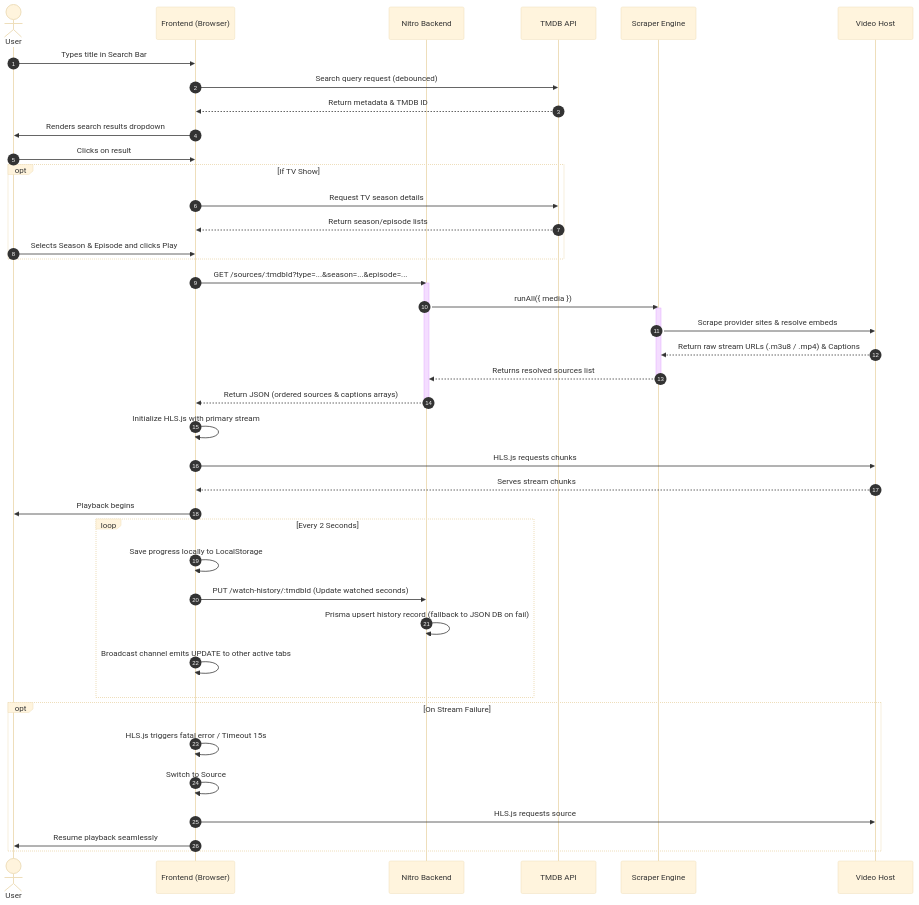
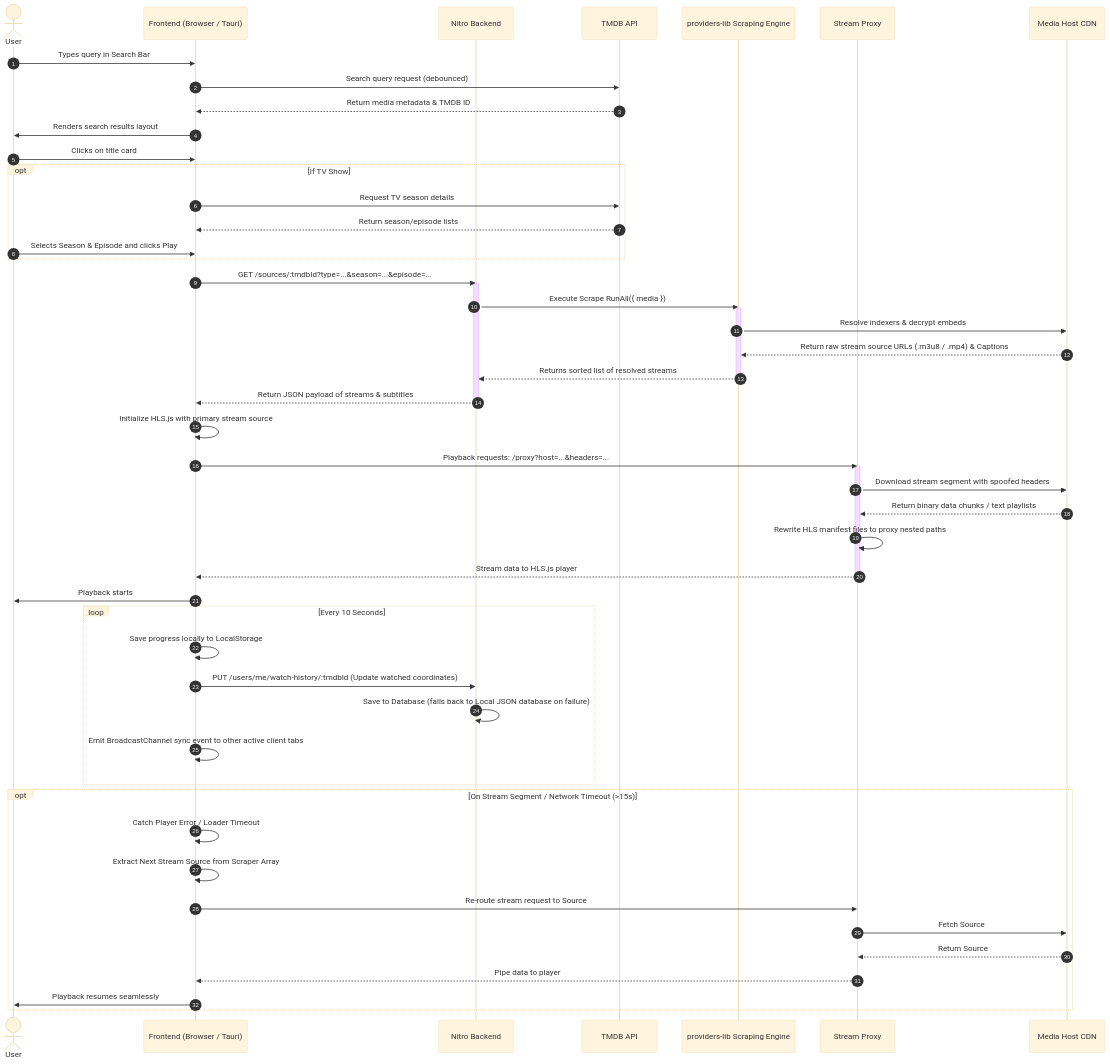
Before and after one commit to Harshit332004/pstream: the third of 3 diagrams in project_overview.md, drawn with Mermaid (base theme). The commit also changed other lines of this file and 10 other files, not shown here.

````diff
--- a/project_overview.md
+++ b/project_overview.md
@@ -244,52 +289,61 @@
 ```mermaid
 sequenceDiagram
     autonumber
     actor User
-    participant Front as Frontend (Browser)
+    participant Front as Frontend (Browser / Tauri)
     participant Back as Nitro Backend
     participant TMDB as TMDB API
-    participant Scraper as Scraper Engine
-    participant Video as Video Host
+    participant Scraper as providers-lib Scraping Engine
+    participant Proxy as Stream Proxy
+    participant CDN as Media Host CDN
 
-    User->>Front: Types title in Search Bar
+    User->>Front: Types query in Search Bar
     Front->>TMDB: Search query request (debounced)
-    TMDB-->>Front: Return metadata & TMDB ID
-    Front->>User: Renders search results dropdown
-    User->>Front: Clicks on result
+    TMDB-->>Front: Return media metadata & TMDB ID
+    Front->>User: Renders search results layout
+    User->>Front: Clicks on title card
     
     opt If TV Show
         Front->>TMDB: Request TV season details
         TMDB-->>Front: Return season/episode lists
         User->>Front: Selects Season & Episode and clicks Play
     end
 
     Front->>Back: GET /sources/:tmdbId?type=...&season=...&episode=...
     activate Back
-    Back->>Scraper: runAll({ media })
+    Back->>Scraper: Execute Scrape RunAll({ media })
     activate Scraper
-    Scraper->>Video: Scrape provider sites & resolve embeds
-    Video-->>Scraper: Return raw stream URLs (.m3u8 / .mp4) & Captions
-    Scraper-->>Back: Returns resolved sources list
+    Scraper->>CDN: Resolve indexers & decrypt embeds
+    CDN-->>Scraper: Return raw stream source URLs (.m3u8 / .mp4) & Captions
+    Scraper-->>Back: Returns sorted list of resolved streams
     deactivate Scraper
-    Back-->>Front: Return JSON (ordered sources & captions arrays)
+    Back-->>Front: Return JSON payload of streams & subtitles
     deactivate Back
 
-    Front->>Front: Initialize HLS.js with primary stream
-    Front->>Video: HLS.js requests chunks
-    Video-->>Front: Serves stream chunks
-    Front->>User: Playback begins
+    Front->>Front: Initialize HLS.js with primary stream source
+    Front->>Proxy: Playback requests: /proxy?host=...&headers=...
+    activate Proxy
+    Proxy->>CDN: Download stream segment with spoofed headers
+    CDN-->>Proxy: Return binary data chunks / text playlists
+    Proxy->>Proxy: Rewrite HLS manifest files to proxy nested paths
+    Proxy-->>Front: Stream data to HLS.js player
+    deactivate Proxy
+    Front->>User: Playback starts
 
-    loop Every 2 Seconds
+    loop Every 10 Seconds
         Front->>Front: Save progress locally to LocalStorage
-        Front->>Back: PUT /watch-history/:tmdbId (Update watched seconds)
-        Back->>Back: Prisma upsert history record (fallback to JSON DB on fail)
-        Front->>Front: Broadcast channel emits UPDATE to other active tabs
+        Front->>Back: PUT /users/me/watch-history/:tmdbId (Update watched coordinates)
+        Back->>Back: Save to Database (falls back to Local JSON database on failure)
+        Front->>Front: Emit BroadcastChannel sync event to other active client tabs
     end
 
-    opt On Stream Failure
-        Front->>Front: HLS.js triggers fatal error / Timeout 15s
-        Front->>Front: Switch to Source #2 in JSON array
-        Front->>Video: HLS.js requests source #2 stream
-        Front->>User: Resume playback seamlessly
+    opt On Stream Segment / Network Timeout (>15s)
+        Front->>Front: Catch Player Error / Loader Timeout
+        Front->>Front: Extract Next Stream Source from Scraper Array
+        Front->>Proxy: Re-route stream request to Source #2
+        Proxy->>CDN: Fetch Source #2 stream segments
+        CDN-->>Proxy: Return Source #2 segment data
+        Proxy-->>Front: Pipe data to player
+        Front->>User: Playback resumes seamlessly
     end
 ```
````
